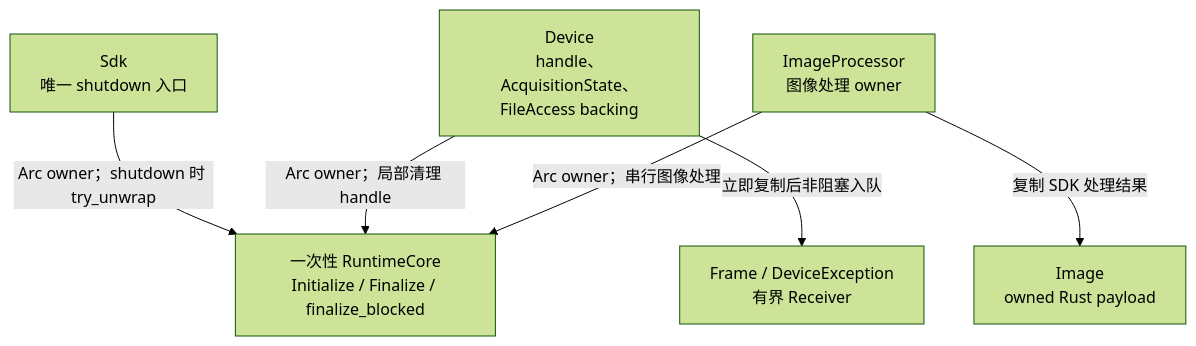
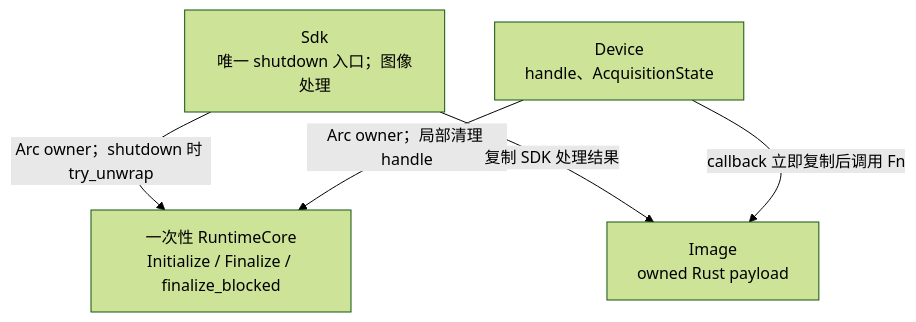
The first of 3 diagrams in 生命周期与时序图.md (JSB-Unscarred/3dmvs-sdk-rs), drawn with Mermaid (forest theme) before and after one commit. The commit also changed other lines of this file and 29 other files, not shown here.

````diff
--- a/生命周期与时序图.md
+++ b/生命周期与时序图.md
@@ -5,15 +5,12 @@
 ```mermaid
 flowchart TD
     Session["一次性 RuntimeCore<br/>Initialize / Finalize / finalize_blocked"]
-    SDK["Sdk<br/>唯一 shutdown 入口"]
-    Device["Device<br/>handle、AcquisitionState、FileAccess backing"]
-    Processor["ImageProcessor<br/>图像处理 owner"]
-    Receivers["Frame / DeviceException<br/>有界 Receiver"]
+    SDK["Sdk<br/>唯一 shutdown 入口；图像处理"]
+    Device["Device<br/>handle、AcquisitionState"]
     Images["Image<br/>owned Rust payload"]
 
     SDK -->|Arc owner；shutdown 时 try_unwrap| Session
     Device -->|Arc owner；局部清理 handle| Session
-    Processor -->|Arc owner；串行图像处理| Session
-    Device -->|立即复制后非阻塞入队| Receivers
-    Processor -->|复制 SDK 处理结果| Images
+    SDK -->|复制 SDK 处理结果| Images
+    Device -->|callback 立即复制后调用 Fn| Images
 ```
````
